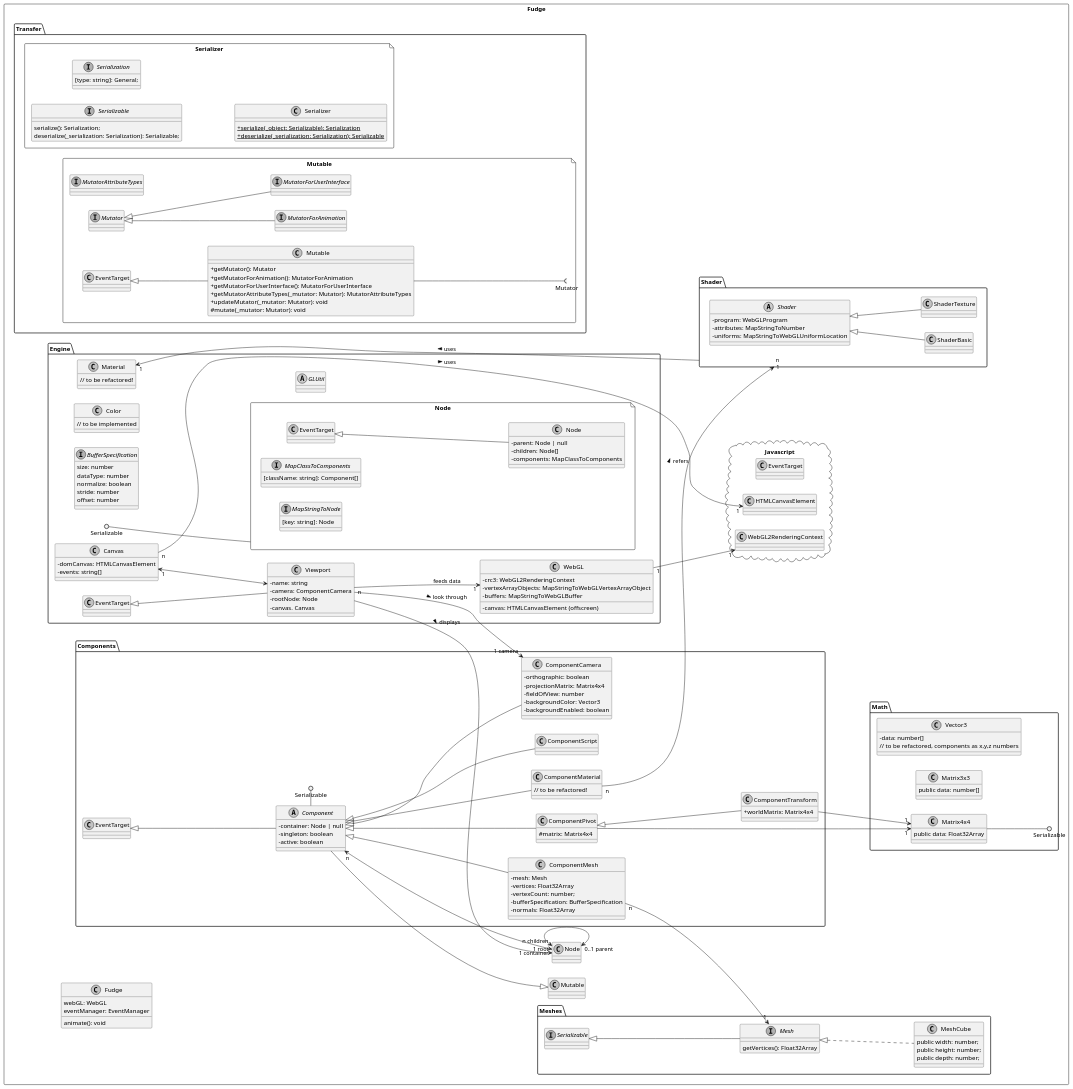
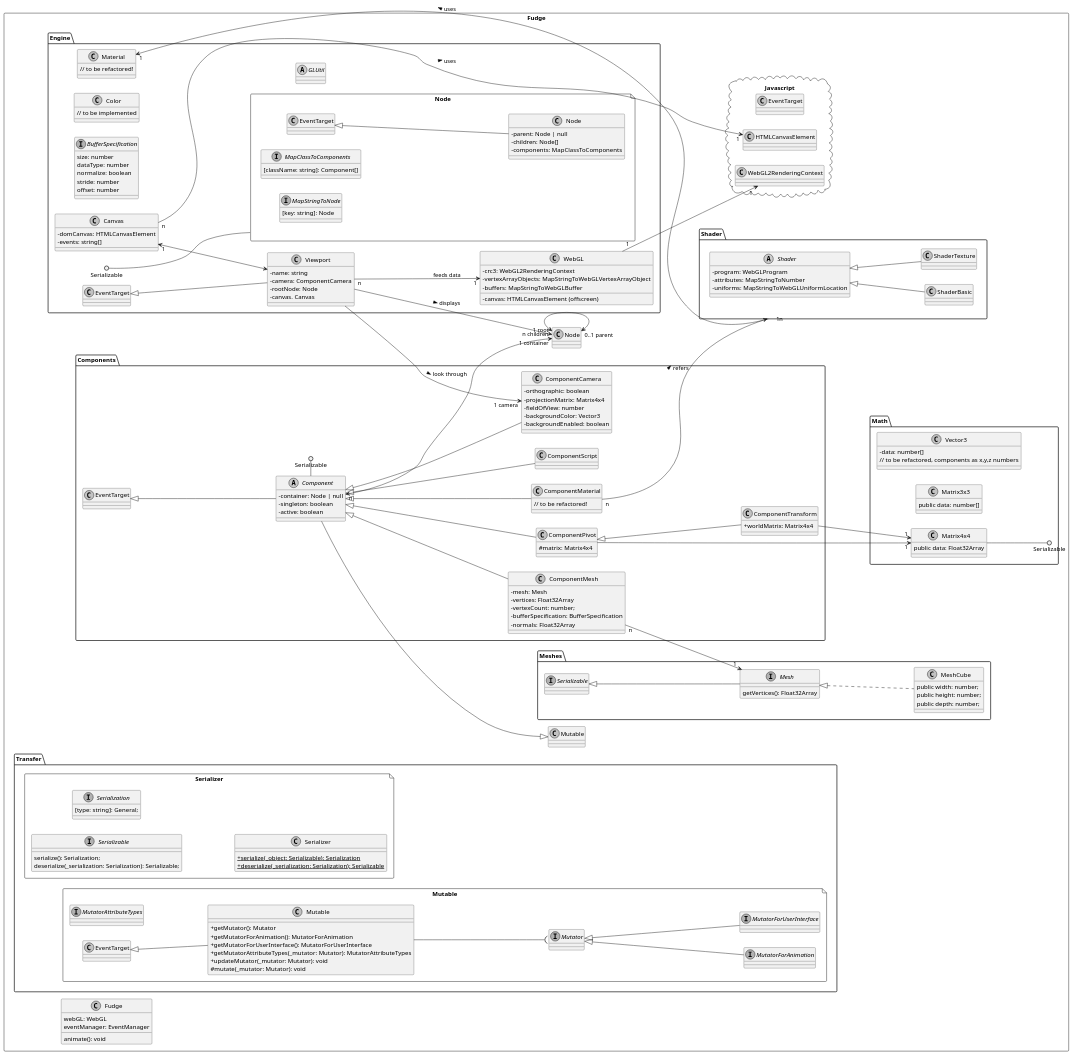
Before and after one commit to JirkaDellOro/FUDGE: the diagram in Design/Core_Proposal.puml, drawn with PlantUML.

Commit message:
socket fixed

```diff
--- a/Design/Core_Proposal.puml
+++ b/Design/Core_Proposal.puml
@@ -1,197 +1,197 @@
 @startuml FUDGE-Core
 skinparam monochrome true
 skinparam componentStyle uml2
 skinparam classAttributeIconSize 0
 skinparam shadowing false
 skinparam handwritten false
 
 'page 2x2
 left to right direction
 
 package Fudge <<Rectangle>>{
     ' gl2: WebGL2RenderingContext
     package "Javascript" <<Cloud>> {
         class EventTarget
         class WebGL2RenderingContext
         class HTMLCanvasElement
     }
 
     package "Engine" <<Folder>> {
         class WebGL {
             - canvas: HTMLCanvasElement (offscreen)
             - crc3: WebGL2RenderingContext
             - vertexArrayObjects: MapStringToWebGLVertexArrayObject
             - buffers: MapStringToWebGLBuffer
         }
         class Canvas {
             - domCanvas: HTMLCanvasElement
             - events: string[]
         }
         file "Node" {
             class Node extends EventTarget {
                 - parent: Node | null
                 - children: Node[]
                 - components: MapClassToComponents
             }
             interface MapClassToComponents{
                 [className: string]: Component[]
             }
             interface MapStringToNode {
                 [key: string]: Node
             }
         }
         Serializable ()-- Node
         interface BufferSpecification {
             size: number
             dataType: number
             normalize: boolean
             stride: number
             offset: number
         }
 
         class Color {
             // to be implemented
         }
         abstract class GLUtil {
         }
         class Material {
             // to be refactored!
         }
         class Viewport extends EventTarget {
             - name: string
             - camera: ComponentCamera
             - rootNode: Node
             - canvas. Canvas
         }
     }
     package "Transfer" <<Folder>> {
         file "Serializer" {
             interface Serializable {
                 serialize(): Serialization;
                 deserialize(_serialization: Serialization): Serializable;
             }
             interface Serialization {
                 [type: string]: General;
             }
             class Serializer {
                 {static} + serialize(_object: Serializable): Serialization
                 {static} + deserialize(_serialization: Serialization): Serializable
             }
         }
         file "Mutable" {
             interface MutatorAttributeTypes
             interface Mutator
 
             interface MutatorForAnimation extends Mutator
             interface MutatorForUserInterface extends Mutator
             class Mutable extends EventTarget {
                 + getMutator(): Mutator
                 + getMutatorForAnimation(): MutatorForAnimation
                 + getMutatorForUserInterface(): MutatorForUserInterface
                 + getMutatorAttributeTypes(_mutator: Mutator): MutatorAttributeTypes
                 + updateMutator(_mutator: Mutator): void
                 # mutate(_mutator: Mutator): void
             }
-            Mutable --(( Mutator
+            Mutable --( Mutator
         }
     }
     package "Components" <<Folder>> {
         abstract class Component extends EventTarget {
             - container: Node | null
             - singleton: boolean
             - active: boolean
         }
         Component -() Serializable
         class ComponentCamera extends Component {
             - orthographic: boolean
             - projectionMatrix: Matrix4x4
             - fieldOfView: number
             - backgroundColor: Vector3
             - backgroundEnabled: boolean
         }
         class ComponentMaterial extends Component {
             // to be refactored!
         }
         class ComponentMesh extends Component {
             - mesh: Mesh
             - vertices: Float32Array
             - vertexCount: number;
             - bufferSpecification: BufferSpecification
             - normals: Float32Array
         }
         class ComponentPivot extends Component {
             # matrix: Matrix4x4
         }
         class ComponentTransform extends ComponentPivot {
             + worldMatrix: Matrix4x4
         }
         class ComponentScript extends Component {
 
         }
     }
     package "Meshes" <<Folder>> {
         interface Mesh extends Serializable {
             getVertices(): Float32Array
         }
         class MeshCube implements Mesh {
             public width: number;
             public height: number;
             public depth: number;
         }
     }
     package "Math" <<Folder>> {
         class Vector3 {
             - data: number[]
             // to be refactored, components as x,y,z numbers
         }
         class Matrix3x3 {
             public data: number[]
         }
         class Matrix4x4 {
             public data: Float32Array
         }
         Matrix4x4 --() Serializable
     }
 
     package "Shader" << Folder>> {
         abstract class Shader {
             - program: WebGLProgram
             - attributes: MapStringToNumber
             - uniforms: MapStringToWebGLUniformLocation
         }
         class ShaderBasic extends Shader {
         }
         class ShaderTexture extends Shader {
         }
     }
 
     class Fudge{
         webGL: WebGL
         eventManager: EventManager
         animate(): void
     } 
 
     ' Associations
     Node "0..1 parent"<-left->"n children" Node
     Node "1 container"<-->"n" Component
     Component --|> Mutable
     ComponentMesh "n"-->"1" Mesh
     ComponentPivot -->"1" Matrix4x4
     ComponentTransform -->"1" Matrix4x4
     Viewport -->"1 root" Node : displays >
     Viewport -->"1 camera" ComponentCamera : look through >
     Shader "n"-->"1" Material : uses >
     ComponentMaterial "n" --> "1" Shader : refers >
     Canvas "n" --> "1" HTMLCanvasElement : uses >
     Canvas "1" <--> Viewport
     Viewport "n" -->"1" WebGL : feeds data
     WebGL "1"-->"1" WebGL2RenderingContext
 
     'improve layout
     'Serializer --[hidden]-- Mutable
     'Mutable --[hidden]-- Component
     'Viewport -[hidden]- ComponentCamera
     'Engine -[hidden]- Components
     'Meshes --[hidden]up-- Shader
 }
 @enduml
```
